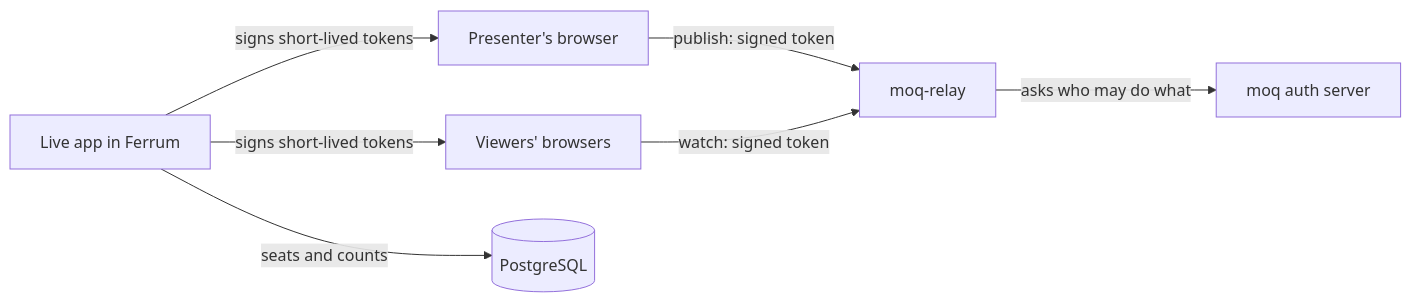
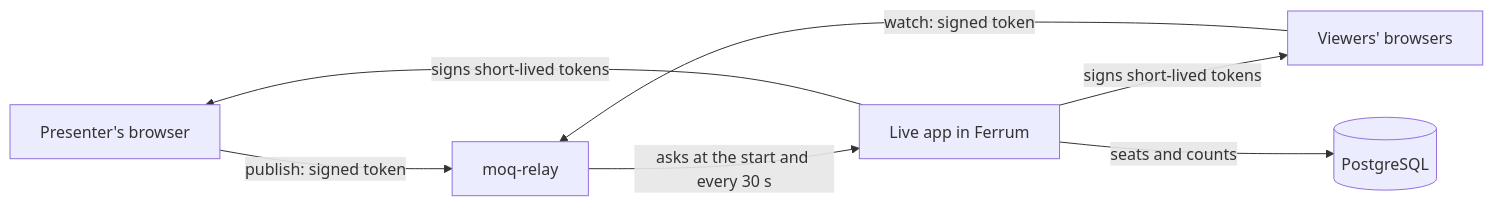
The first of 2 diagrams in README.md (CBFerrum/ferrum-app-live), drawn with Mermaid before and after one commit. The commit also changed other lines of this file and 3 other files, not shown here.

````diff
--- a/README.md
+++ b/README.md
@@ -176,9 +176,9 @@
 ```mermaid
 flowchart LR
     PR["Presenter's browser"] -- "publish: signed token" --> RL["moq-relay"]
     LV["Live app in Ferrum"] -- "signs short-lived tokens" --> PR
     LV -- "signs short-lived tokens" --> VW["Viewers' browsers"]
     VW -- "watch: signed token" --> RL
-    RL -- "asks who may do what" --> AU["moq auth server"]
+    RL -- "asks at the start and every 30 s" --> LV
     LV -- "seats and counts" --> DB[("PostgreSQL")]
 ```
````
